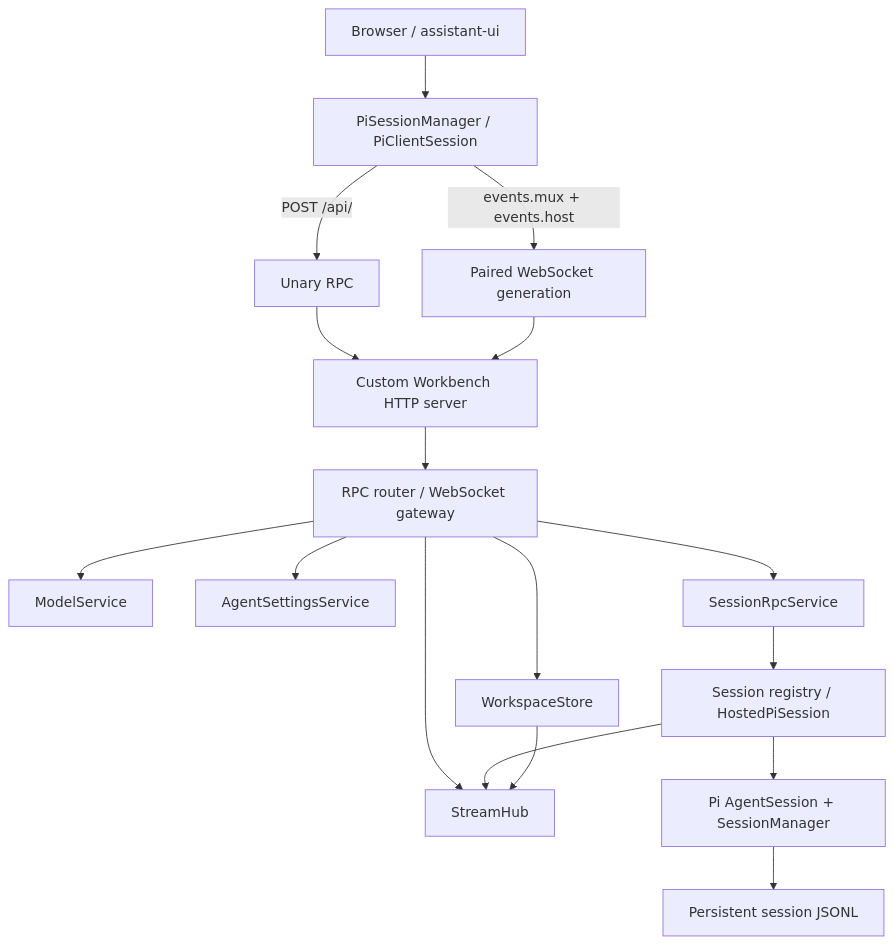
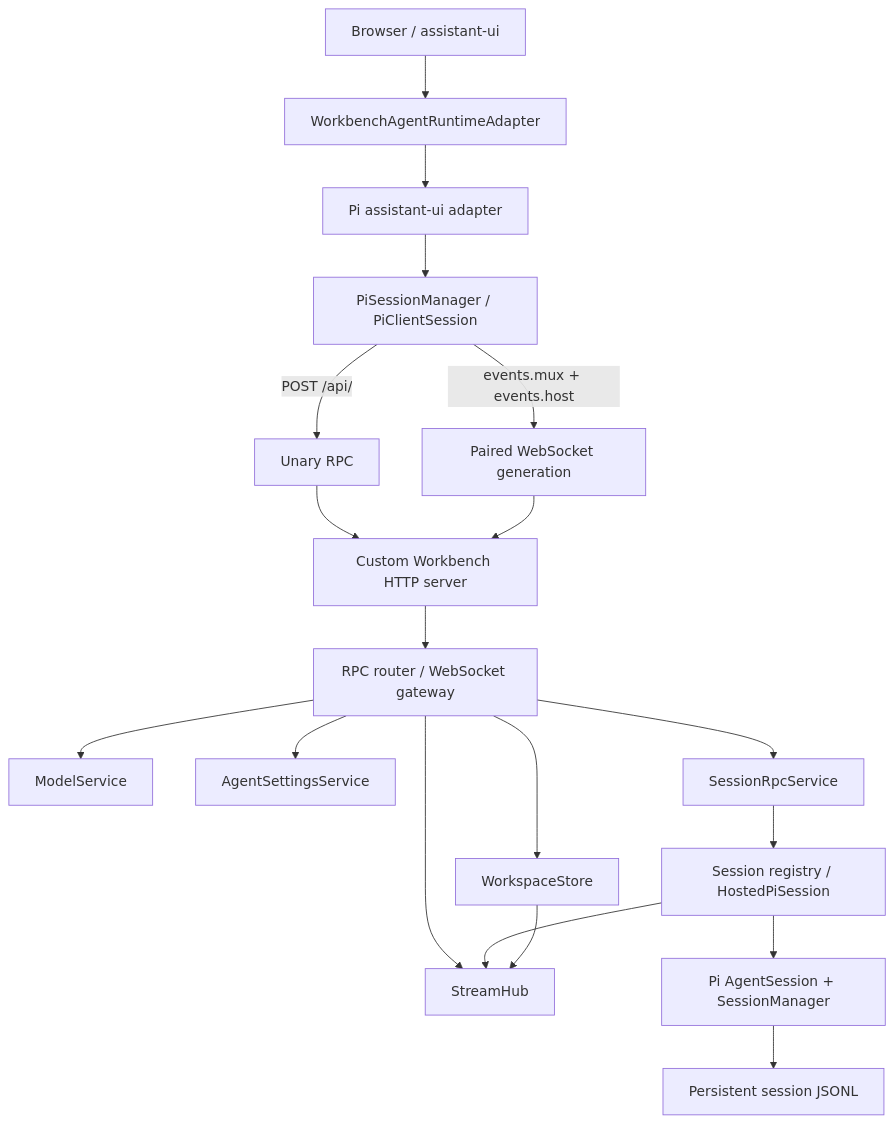
The diagram in runtime/pi/README.md (yyy0107/pi-workbench), drawn with Mermaid before and after one commit. The commit also changed other lines of this file and 257 other files, not shown here.

````diff
--- a/runtime/pi/README.md
+++ b/runtime/pi/README.md
@@ -18,22 +18,24 @@
 ```mermaid
 flowchart TD
-  UI["Browser / assistant-ui"] --> CM["PiSessionManager / PiClientSession"]
+  UI["Browser / assistant-ui"] --> PORT["WorkbenchAgentRuntimeAdapter"]
+  PORT --> ADAPTER["Pi assistant-ui adapter"]
+  ADAPTER --> CM["PiSessionManager / PiClientSession"]
   CM -->|"POST /api/<method>"| HTTP["Unary RPC"]
   CM -->|"events.mux + events.host"| WS["Paired WebSocket generation"]
 
   HTTP --> CS["Custom Workbench HTTP server"]
   WS --> CS
   CS --> ROUTER["RPC router / WebSocket gateway"]
 
   ROUTER --> WORKSPACE["WorkspaceStore"]
   ROUTER --> MODEL["ModelService"]
   ROUTER --> SETTINGS["AgentSettingsService"]
   ROUTER --> SESSION["SessionRpcService"]
   ROUTER --> HUB["StreamHub"]
 
   SESSION --> REGISTRY["Session registry / HostedPiSession"]
   REGISTRY --> PI["Pi AgentSession + SessionManager"]
   PI --> JSONL["Persistent session JSONL"]
   REGISTRY --> HUB
   WORKSPACE --> HUB
 ```
````
